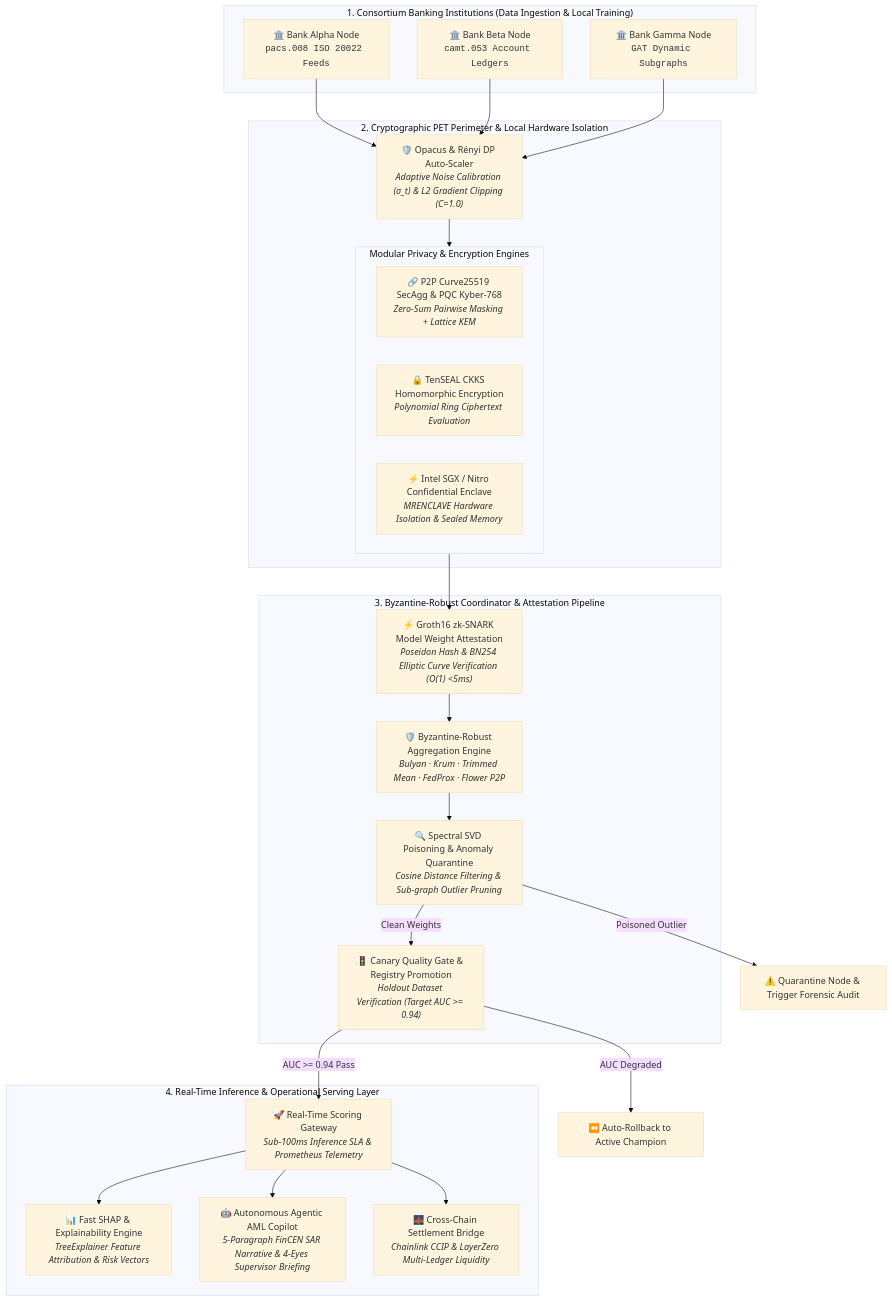
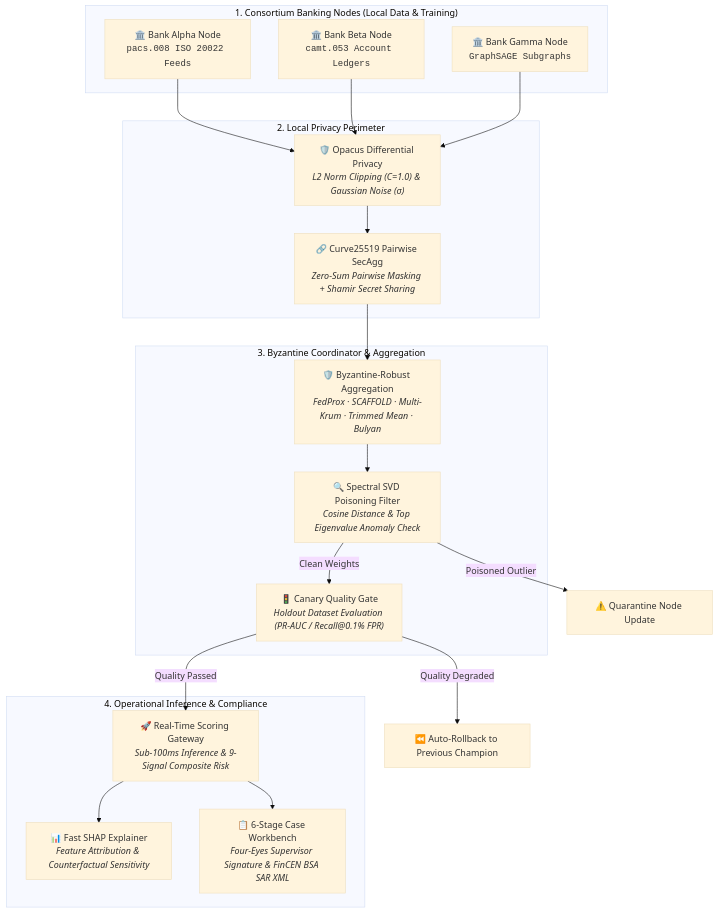
The first of 3 diagrams in README.md (yusufcalisir/CF-Intelligence), drawn with Mermaid (base theme) before and after one commit. The commit also changed other lines of this file and 8 other files, not shown here.

````diff
--- a/README.md
+++ b/README.md
@@ -94,51 +133,42 @@
 ```mermaid
 flowchart TD
-    subgraph Banks["1. Consortium Banking Institutions (Data Ingestion & Local Training)"]
+    subgraph Banks["1. Consortium Banking Nodes (Local Data & Training)"]
         Alpha["🏛️ Bank Alpha Node<br/><code>pacs.008 ISO 20022 Feeds</code>"]
         Beta["🏛️ Bank Beta Node<br/><code>camt.053 Account Ledgers</code>"]
-        Gamma["🏛️ Bank Gamma Node<br/><code>GAT Dynamic Subgraphs</code>"]
+        Gamma["🏛️ Bank Gamma Node<br/><code>GraphSAGE Subgraphs</code>"]
     end
 
-    subgraph PETs["2. Cryptographic PET Perimeter & Local Hardware Isolation"]
-        DP["🛡️ Opacus & Rényi DP Auto-Scaler<br/><i>Adaptive Noise Calibration (σ_t) & L2 Gradient Clipping (C=1.0)</i>"]
-        
-        subgraph CryptoEngines["Modular Privacy & Encryption Engines"]
-            SecAgg["🔗 P2P Curve25519 SecAgg & PQC Kyber-768<br/><i>Zero-Sum Pairwise Masking + Lattice KEM</i>"]
-            FHE["🔒 TenSEAL CKKS Homomorphic Encryption<br/><i>Polynomial Ring Ciphertext Evaluation</i>"]
-            TEE["⚡ Intel SGX / Nitro Confidential Enclave<br/><i>MRENCLAVE Hardware Isolation & Sealed Memory</i>"]
-        end
+    subgraph PETs["2. Local Privacy Perimeter"]
+        DP["🛡️ Opacus Differential Privacy<br/><i>L2 Norm Clipping (C=1.0) & Gaussian Noise (σ)</i>"]
+        SecAgg["🔗 Curve25519 Pairwise SecAgg<br/><i>Zero-Sum Pairwise Masking + Shamir Secret Sharing</i>"]
     end
 
-    subgraph Coordinator["3. Byzantine-Robust Coordinator & Attestation Pipeline"]
-        zkSNARK["⚡ Groth16 zk-SNARK Model Weight Attestation<br/><i>Poseidon Hash & BN254 Elliptic Curve Verification (O(1) <5ms)</i>"]
-        Agg["🛡️ Byzantine-Robust Aggregation Engine<br/><i>Bulyan · Krum · Trimmed Mean · FedProx · Flower P2P</i>"]
-        SVD["🔍 Spectral SVD Poisoning & Anomaly Quarantine<br/><i>Cosine Distance Filtering & Sub-graph Outlier Pruning</i>"]
-        Canary["🚦 Canary Quality Gate & Registry Promotion<br/><i>Holdout Dataset Verification (Target AUC >= 0.94)</i>"]
+    subgraph Coordinator["3. Byzantine Coordinator & Aggregation"]
+        Agg["🛡️ Byzantine-Robust Aggregation<br/><i>FedProx · SCAFFOLD · Multi-Krum · Trimmed Mean · Bulyan</i>"]
+        SVD["🔍 Spectral SVD Poisoning Filter<br/><i>Cosine Distance & Top Eigenvalue Anomaly Check</i>"]
+        Canary["🚦 Canary Quality Gate<br/><i>Holdout Dataset Evaluation (PR-AUC / Recall@0.1% FPR)</i>"]
     end
 
-    subgraph Serving["4. Real-Time Inference & Operational Serving Layer"]
-        Gateway["🚀 Real-Time Scoring Gateway<br/><i>Sub-100ms Inference SLA & Prometheus Telemetry</i>"]
-        SHAP["📊 Fast SHAP & Explainability Engine<br/><i>TreeExplainer Feature Attribution & Risk Vectors</i>"]
-        AML["🤖 Autonomous Agentic AML Copilot<br/><i>5-Paragraph FinCEN SAR Narrative & 4-Eyes Supervisor Briefing</i>"]
-        Bridge["🌉 Cross-Chain Settlement Bridge<br/><i>Chainlink CCIP & LayerZero Multi-Ledger Liquidity</i>"]
+    subgraph Serving["4. Operational Inference & Compliance"]
+        Gateway["🚀 Real-Time Scoring Gateway<br/><i>Sub-100ms Inference & 9-Signal Composite Risk</i>"]
+        SHAP["📊 Fast SHAP Explainer<br/><i>Feature Attribution & Counterfactual Sensitivity</i>"]
+        CaseWB["📋 6-Stage Case Workbench<br/><i>Four-Eyes Supervisor Signature & FinCEN BSA SAR XML</i>"]
     end
 
     Alpha --> DP
     Beta --> DP
     Gamma --> DP
-    DP --> CryptoEngines
+    DP --> SecAgg
     
-    CryptoEngines --> zkSNARK
-    zkSNARK --> Agg
+    SecAgg --> Agg
     Agg --> SVD
     
     SVD -->|Clean Weights| Canary
-    SVD -->|Poisoned Outlier| Quarantine["⚠️ Quarantine Node & Trigger Forensic Audit"]
+    SVD -->|Poisoned Outlier| Quarantine["⚠️ Quarantine Node Update"]
     
-    Canary -->|AUC >= 0.94 Pass| Gateway
-    Canary -->|AUC Degraded| Rollback["⏪ Auto-Rollback to Active Champion"]
+    Canary -->|Quality Passed| Gateway
+    Canary -->|Quality Degraded| Rollback["⏪ Auto-Rollback to Previous Champion"]
     
     Gateway --> SHAP
-    Gateway --> AML
-    Gateway --> Bridge
+    Gateway --> CaseWB
 ```
````
